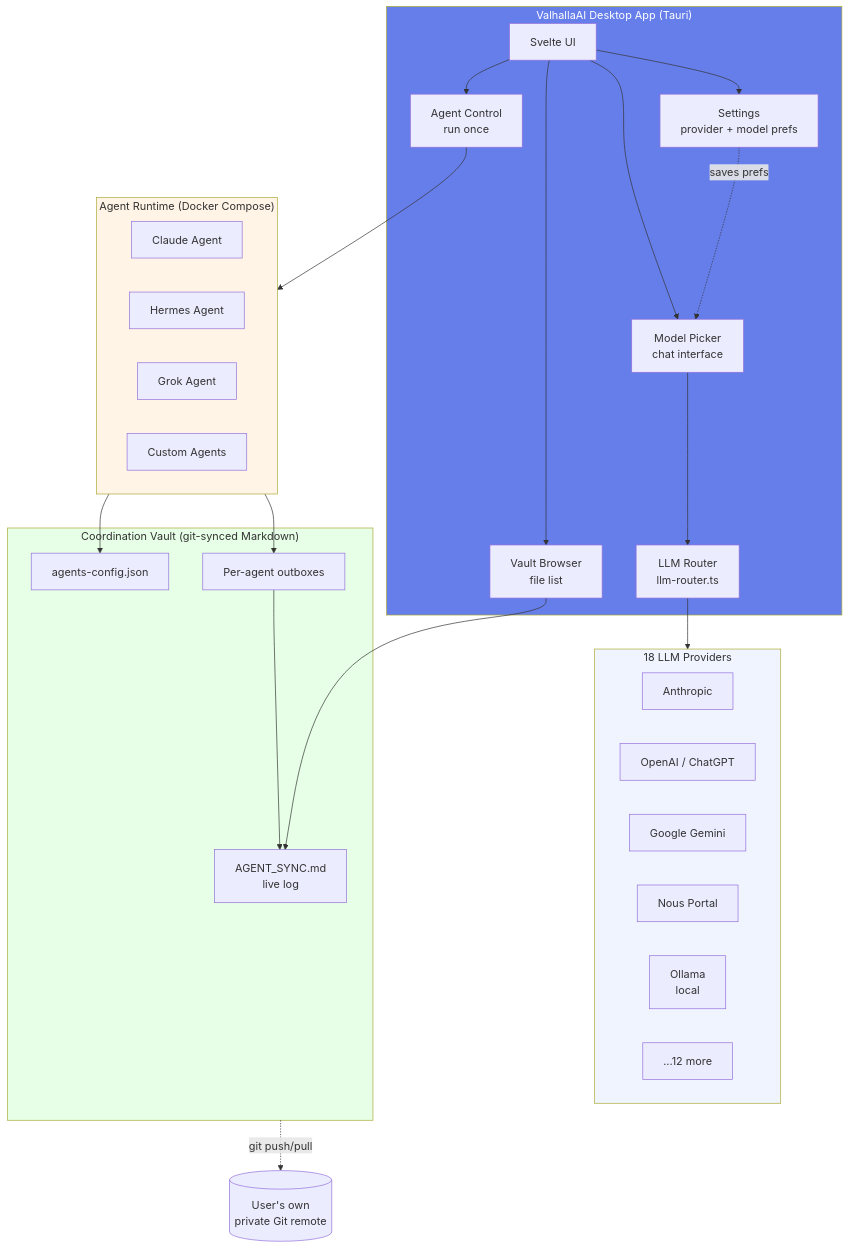
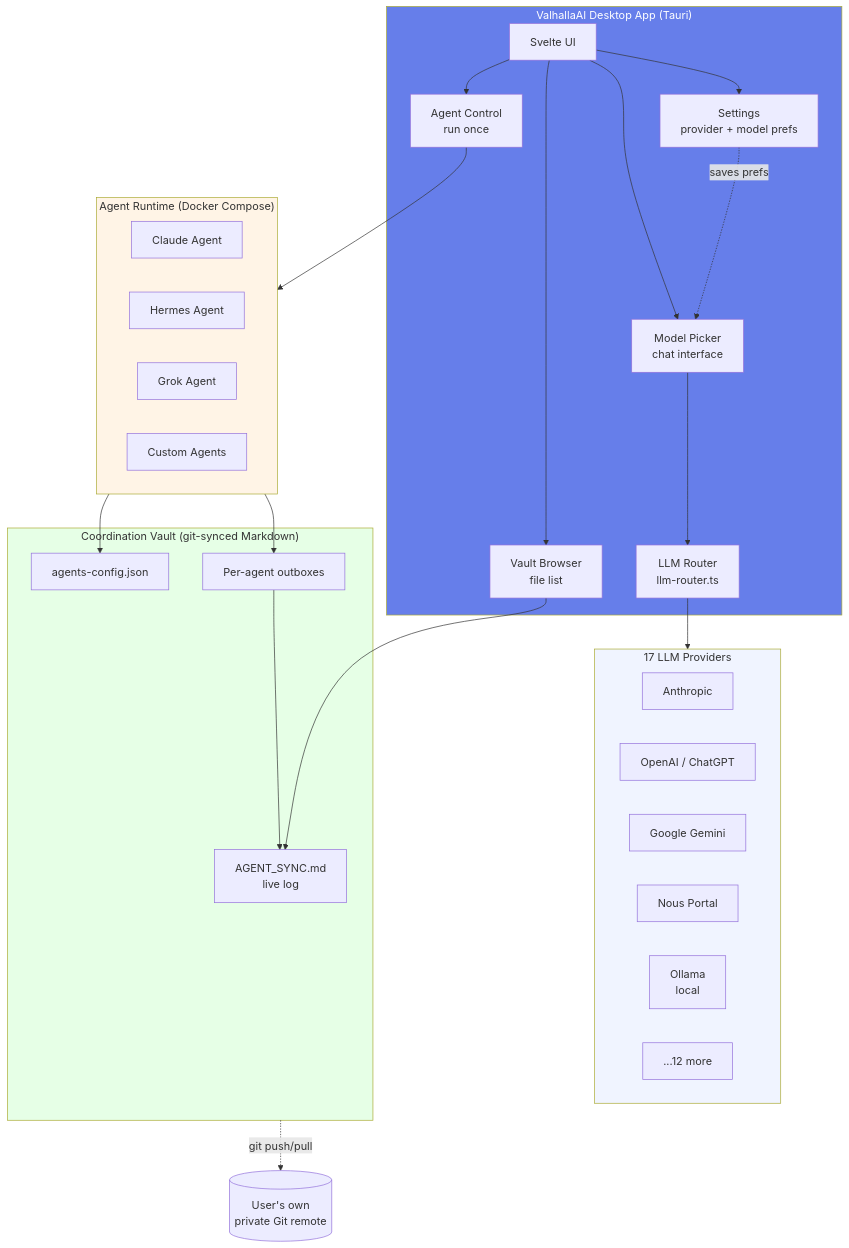
One commit to jacobcowanr/ValhallaAI changed the first of 5 diagrams in ARCHITECTURE.md. Above: the diagram before and after it, drawn with Mermaid. The commit also changed other lines of this file and 7 other files, not shown here.

````diff
--- a/ARCHITECTURE.md
+++ b/ARCHITECTURE.md
@@ -17,57 +17,57 @@
 ```mermaid
 graph TB
     subgraph Desktop["ValhallaAI Desktop App (Tauri)"]
         UI[Svelte UI]
         Settings[Settings<br/>provider + model prefs]
         ModelPicker[Model Picker<br/>chat interface]
         VaultBrowser[Vault Browser<br/>file list]
         AgentControl[Agent Control<br/>run once]
         Router[LLM Router<br/>llm-router.ts]
     end
 
-    subgraph Providers["18 LLM Providers"]
+    subgraph Providers["17 LLM Providers"]
         direction LR
         P1[Anthropic]
         P2[OpenAI / ChatGPT]
         P3[Google Gemini]
         P4[Nous Portal]
         P5[Ollama<br/>local]
         P6[...12 more]
     end
 
     subgraph Runtime["Agent Runtime (Docker Compose)"]
         direction LR
         A1[Claude Agent]
         A2[Hermes Agent]
         A3[Grok Agent]
         A4[Custom Agents]
     end
 
     subgraph Vault["Coordination Vault (git-synced Markdown)"]
         Sync[AGENT_SYNC.md<br/>live log]
         Config[agents-config.json]
         Outbox[Per-agent outboxes]
     end
 
     UI --> Settings
     UI --> ModelPicker
     UI --> VaultBrowser
     UI --> AgentControl
 
     ModelPicker --> Router
     Settings -.saves prefs.-> ModelPicker
     Router --> Providers
 
     AgentControl --> Runtime
     Runtime --> Outbox
     Outbox --> Sync
     VaultBrowser --> Sync
     Runtime --> Config
 
     Vault -. git push/pull .-> RemoteGit[(User's own<br/>private Git remote)]
 
     style Desktop fill:#667eea,color:#fff
     style Providers fill:#f0f4ff
     style Runtime fill:#fff4e6
     style Vault fill:#e6ffe6
 ```
````
